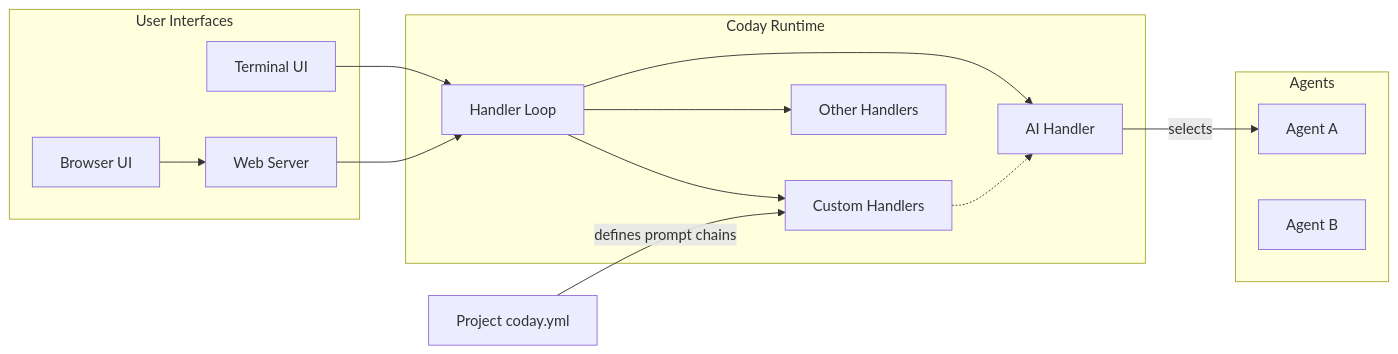
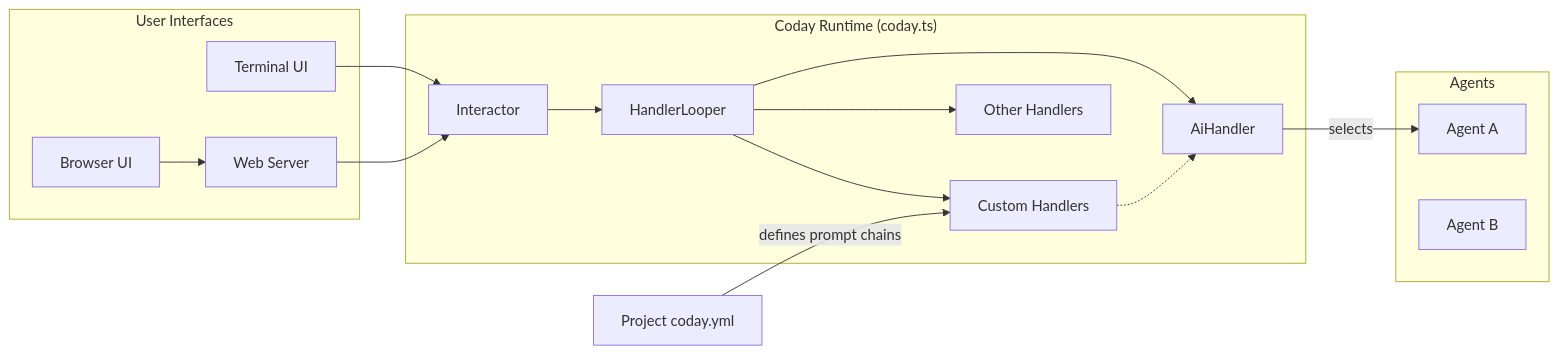
One commit to whoz-oss/coday changed the first of 2 diagrams in doc/ARCHITECTURE.md. Above: the diagram before and after it, drawn with Mermaid. The commit also changed other lines of this file and 1 other file, not shown here.

Commit message:
doc: minor updates

````diff
--- a/doc/ARCHITECTURE.md
+++ b/doc/ARCHITECTURE.md
@@ -7,31 +11,34 @@
 ```mermaid
 graph LR
     subgraph "User Interfaces"
         Terminal[Terminal UI]
         Browser[Browser UI]
         WebServer[Web Server]
     end
 
-    subgraph "Coday Runtime"
-        HandlerLoop[Handler Loop]
-        AiHandler[AI Handler]
+    subgraph "Coday Runtime (coday.ts)"
+        Interactor
+        HandlerLooper
+        AiHandler
         CustomHandlers[Custom Handlers]
         OtherHandlers[Other Handlers]
     end
 
     subgraph "Agents"
-        Claude[Agent A]
-        GPT[Agent B]
+        AgentA[Agent A]
+        AgentB[Agent B]
     end
 
     ProjectConfig[Project coday.yml]
-    Terminal --> HandlerLoop
+    Terminal --> Interactor
     Browser --> WebServer
-    WebServer --> HandlerLoop
-    HandlerLoop --> AiHandler
-    HandlerLoop --> OtherHandlers
-    HandlerLoop --> CustomHandlers
+    WebServer --> Interactor
+    Interactor --> HandlerLooper
+    HandlerLooper --> AiHandler
+    HandlerLooper --> OtherHandlers
+    HandlerLooper --> CustomHandlers
    ProjectConfig -->|defines prompt chains| CustomHandlers
     CustomHandlers -.-> AiHandler
-    AiHandler -->|selects| Claude
+    AiHandler -->|selects| AgentA
+
 ```
````
